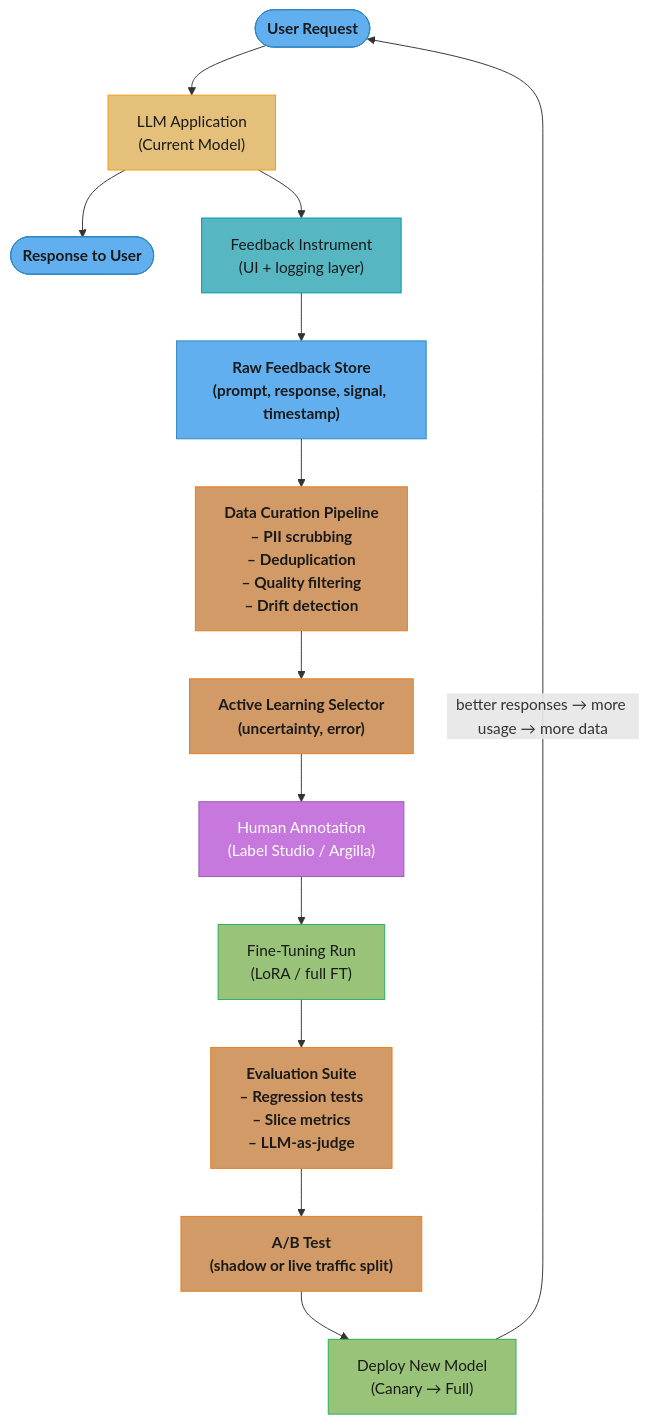
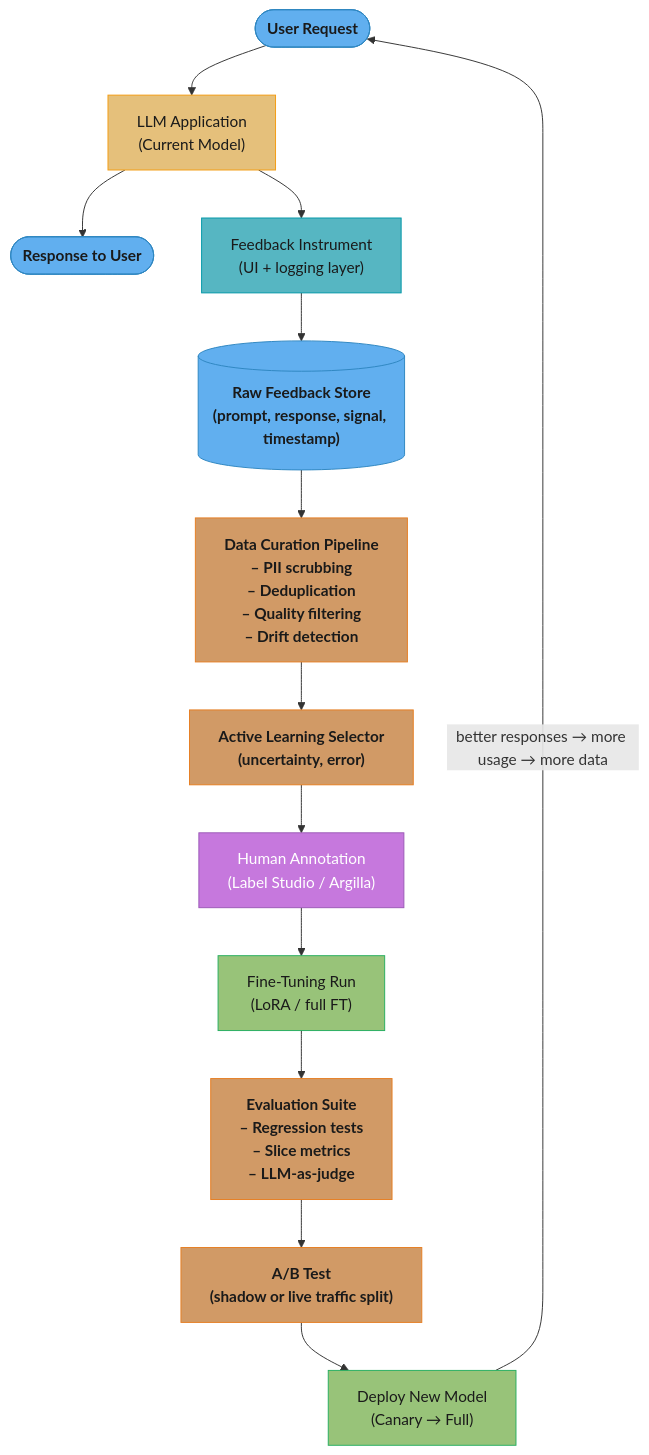
One commit to rppol/system-design changed the first of 5 diagrams in src/main/java/com/rutik/systemdesign/llm/data_flywheels_and_continuous_learning/README.md. Above: the diagram before and after it, drawn with Mermaid. The commit also changed other lines of this file, not shown here.

Commit message:
chore(diagrams): product logos + ascii sweep in data_flywheels_and_continuous_learning/README.md

````diff
--- a/src/main/java/com/rutik/systemdesign/llm/data_flywheels_and_continuous_learning/README.md
+++ b/src/main/java/com/rutik/systemdesign/llm/data_flywheels_and_continuous_learning/README.md
@@ -113,30 +113,30 @@
 ```mermaid
 flowchart TD
     classDef io      fill:#61afef,stroke:#2e86c1,color:#1a1a1a,font-weight:bold
     classDef frozen  fill:#c678dd,stroke:#9b59b6,color:#fff
     classDef train   fill:#98c379,stroke:#27ae60,color:#1a1a1a
     classDef mathOp  fill:#d19a66,stroke:#e67e22,color:#1a1a1a,font-weight:bold
     classDef lossN   fill:#e06c75,stroke:#c0392b,color:#fff,font-weight:bold
     classDef req     fill:#56b6c2,stroke:#0097a7,color:#1a1a1a
     classDef base    fill:#e5c07b,stroke:#f39c12,color:#1a1a1a
 
     User([User Request]) --> App
     App["LLM Application\n(Current Model)"] --> Response([Response to User])
     App --> Feedback["Feedback Instrument\n(UI + logging layer)"]
-    Feedback --> Store["Raw Feedback Store\n(prompt, response, signal, timestamp)"]
+    Feedback --> Store[("Raw Feedback Store\n(prompt, response, signal, timestamp)")]
     Store --> Curation["Data Curation Pipeline\n– PII scrubbing\n– Deduplication\n– Quality filtering\n– Drift detection"]
     Curation --> AL["Active Learning Selector\n(uncertainty, error)"]
     AL --> Annotate["Human Annotation\n(Label Studio / Argilla)"]
     Annotate --> FT["Fine-Tuning Run\n(LoRA / full FT)"]
     FT --> Eval["Evaluation Suite\n– Regression tests\n– Slice metrics\n– LLM-as-judge"]
     Eval --> AB["A/B Test\n(shadow or live traffic split)"]
     AB --> Deploy["Deploy New Model\n(Canary → Full)"]
     Deploy -- "better responses → more usage → more data" --> User
 
     class User,Response,Store io
     class App base
     class Feedback req
     class Curation,AL,Eval,AB mathOp
     class Annotate frozen
     class FT,Deploy train
 ```
````
